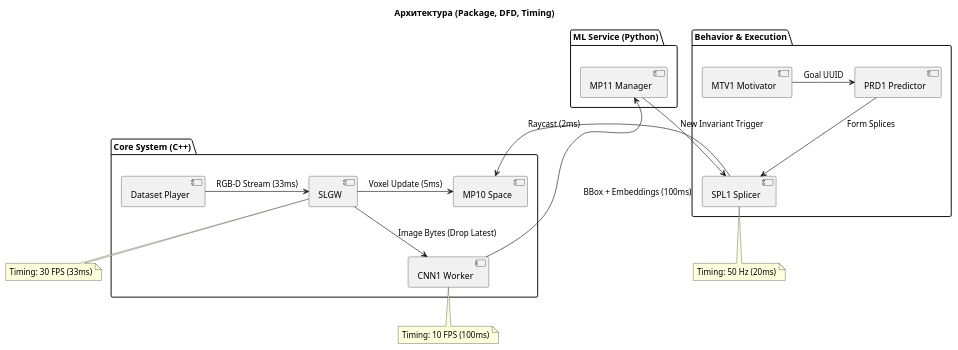
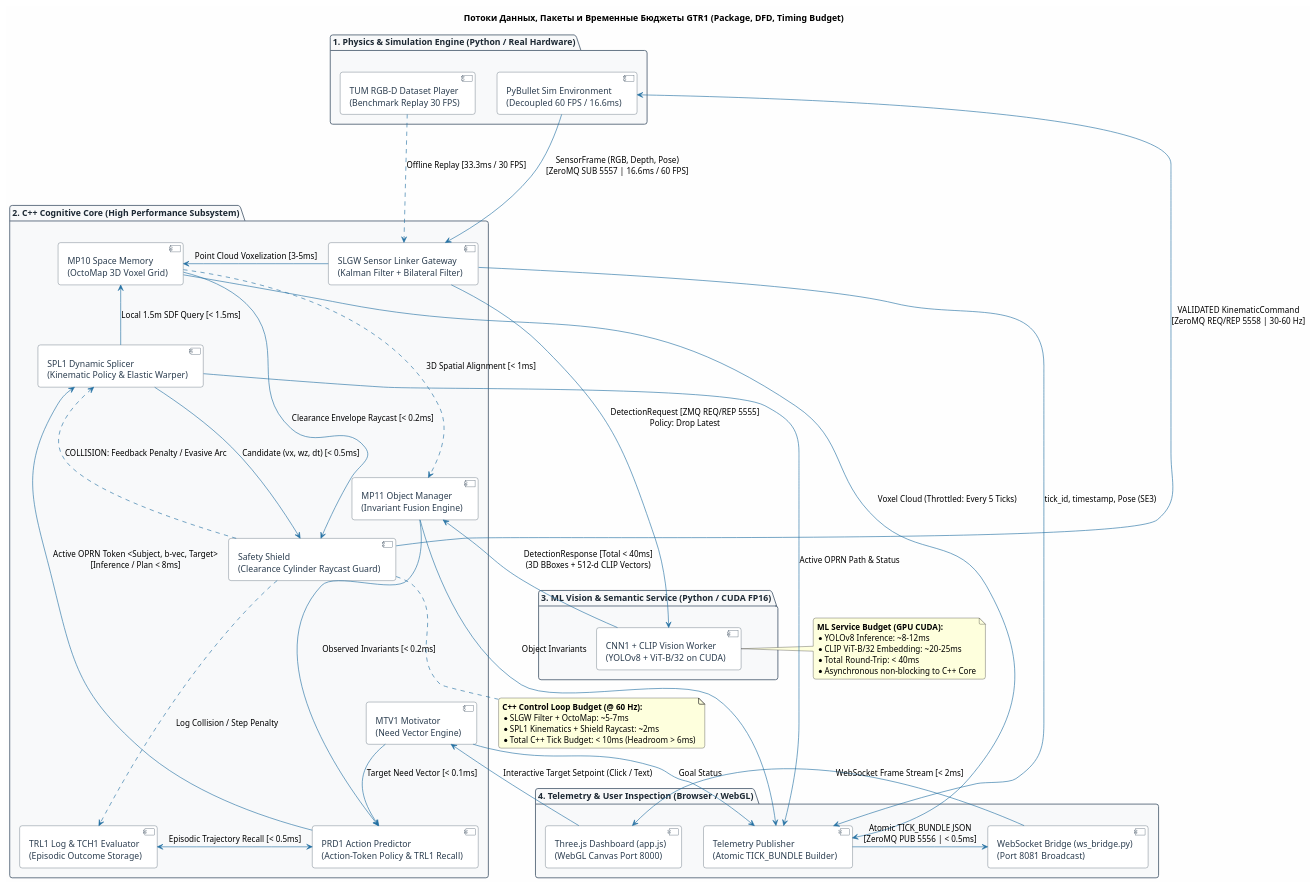
Before and after one commit to hedeks/demonstration_GTR1: the diagram in 01_architecture/timing_dfd_package.puml, drawn with PlantUML. The commit also changed 10 other files, not shown here.

First line of the commit message:
docs(architecture): end-to-end target cognitive architecture specification & legacy docs cleanup

```diff
--- a/01_architecture/timing_dfd_package.puml
+++ b/01_architecture/timing_dfd_package.puml
@@ -1,37 +1,98 @@
 @startuml Timing_DFD_Package
 skinparam componentStyle uml2
+skinparam backgroundColor #FEFEFE
+skinparam defaultFontName sans-serif
+skinparam roundcorner 8
 
-title Архитектура (Package, DFD, Timing)
-
-package "Core System (C++)" {
-  [Dataset Player] -right-> [SLGW] : "RGB-D Stream (33ms)"
-  [SLGW] -right-> [MP10 Space] : "Voxel Update (5ms)"
-  
-  [SLGW] -down-> [CNN1 Worker] : "Image Bytes (Drop Latest)"
+skinparam package {
+  BackgroundColor #F8F9FA
+  BorderColor #5D6D7E
+  FontColor #1C2833
+  FontStyle bold
 }
 
-package "ML Service (Python)" {
-  [CNN1 Worker] -up-> [MP11 Manager] : "BBox + Embeddings (100ms)"
+skinparam component {
+  BackgroundColor #FFFFFF
+  BorderColor #2C3E50
+  FontColor #2C3E50
+  ArrowColor #2471A3
 }
 
-package "Behavior & Execution" {
-  [MTV1 Motivator] -right-> [PRD1 Predictor] : "Goal UUID"
-  [MP11 Manager] -down-> [SPL1 Splicer] : "New Invariant Trigger"
-  
-  [PRD1 Predictor] -down-> [SPL1 Splicer] : "Form Splices"
-  [SPL1 Splicer] -left-> [MP10 Space] : "Raycast (2ms)"
+title Потоки Данных, Пакеты и Временные Бюджеты GTR1 (Package, DFD, Timing Budget)
+
+package "1. Physics & Simulation Engine (Python / Real Hardware)" {
+  [PyBullet Sim Environment\n(Decoupled 60 FPS / 16.6ms)] as SIM
+  [TUM RGB-D Dataset Player\n(Benchmark Replay 30 FPS)] as DATASET
 }
 
-note bottom of [SLGW]
-  Timing: 30 FPS (33ms)
+package "2. C++ Cognitive Core (High Performance Subsystem)" {
+  [SLGW Sensor Linker Gateway\n(Kalman Filter + Bilateral Filter)] as SLGW
+  [MP10 Space Memory\n(OctoMap 3D Voxel Grid)] as MP10
+  [MP11 Object Manager\n(Invariant Fusion Engine)] as MP11
+  
+  [MTV1 Motivator\n(Need Vector Engine)] as MTV1
+  [PRD1 Action Predictor\n(Action-Token Policy & TRL1 Recall)] as PRD1
+  [SPL1 Dynamic Splicer\n(Kinematic Policy & Elastic Warper)] as SPL1
+  [Safety Shield\n(Clearance Cylinder Raycast Guard)] as SHIELD
+  [TRL1 Log & TCH1 Evaluator\n(Episodic Outcome Storage)] as TRL1
+}
+
+package "3. ML Vision & Semantic Service (Python / CUDA FP16)" {
+  [CNN1 + CLIP Vision Worker\n(YOLOv8 + ViT-B/32 on CUDA)] as ML_WORKER
+}
+
+package "4. Telemetry & User Inspection (Browser / WebGL)" {
+  [Telemetry Publisher\n(Atomic TICK_BUNDLE Builder)] as TELEM
+  [WebSocket Bridge (ws_bridge.py)\n(Port 8081 Broadcast)] as WS
+  [Three.js Dashboard (app.js)\n(WebGL Canvas Port 8000)] as UI
+}
+
+' Data Flow Interconnections
+SIM -down-> SLGW : "SensorFrame (RGB, Depth, Pose)\n[ZeroMQ SUB 5557 | 16.6ms / 60 FPS]"
+DATASET -.-> SLGW : "Offline Replay [33.3ms / 30 FPS]"
+
+SLGW -right-> MP10 : "Point Cloud Voxelization [3-5ms]"
+SLGW -down-> ML_WORKER : "DetectionRequest [ZMQ REQ/REP 5555]\nPolicy: Drop Latest"
+ML_WORKER -up-> MP11 : "DetectionResponse [Total < 40ms]\n(3D BBoxes + 512-d CLIP Vectors)"
+MP10 -.-> MP11 : "3D Spatial Alignment [< 1ms]"
+
+MTV1 -down-> PRD1 : "Target Need Vector [< 0.1ms]"
+MP11 -down-> PRD1 : "Observed Invariants [< 0.2ms]"
+TRL1 <-> PRD1 : "Episodic Trajectory Recall [< 0.5ms]"
+PRD1 -right-> SPL1 : "Active OPRN Token <Subject, b-vec, Target>\n[Inference / Plan < 8ms]"
+
+SPL1 -up-> MP10 : "Local 1.5m SDF Query [< 1.5ms]"
+SPL1 -down-> SHIELD : "Candidate (vx, wz, dt) [< 0.5ms]"
+MP10 -down-> SHIELD : "Clearance Envelope Raycast [< 0.2ms]"
+
+SHIELD -left-> SIM : "VALIDATED KinematicCommand\n[ZeroMQ REQ/REP 5558 | 30-60 Hz]"
+SHIELD -.-> SPL1 : "COLLISION: Feedback Penalty / Evasive Arc"
+SHIELD -.-> TRL1 : "Log Collision / Step Penalty"
+
+' Telemetry Flow
+SLGW -down-> TELEM : "tick_id, timestamp, Pose (SE3)"
+MP10 -down-> TELEM : "Voxel Cloud (Throttled: Every 5 Ticks)"
+MP11 -down-> TELEM : "Object Invariants"
+SPL1 -down-> TELEM : "Active OPRN Path & Status"
+MTV1 -down-> TELEM : "Goal Status"
+
+TELEM -right-> WS : "Atomic TICK_BUNDLE JSON\n[ZeroMQ PUB 5556 | < 0.5ms]"
+WS -right-> UI : "WebSocket Frame Stream [< 2ms]"
+UI -up-> MTV1 : "Interactive Target Setpoint (Click / Text)"
+
+note right of ML_WORKER
+  **ML Service Budget (GPU CUDA):**
+  * YOLOv8 Inference: ~8-12ms
+  * CLIP ViT-B/32 Embedding: ~20-25ms
+  * Total Round-Trip: < 40ms
+  * Asynchronous non-blocking to C++ Core
 end note
 
-note bottom of [CNN1 Worker]
-  Timing: 10 FPS (100ms)
-end note
-
-note bottom of [SPL1 Splicer]
-  Timing: 50 Hz (20ms)
+note bottom of SHIELD
+  **C++ Control Loop Budget (@ 60 Hz):**
+  * SLGW Filter + OctoMap: ~5-7ms
+  * SPL1 Kinematics + Shield Raycast: ~2ms
+  * Total C++ Tick Budget: < 10ms (Headroom > 6ms)
 end note
 
 @enduml
```
